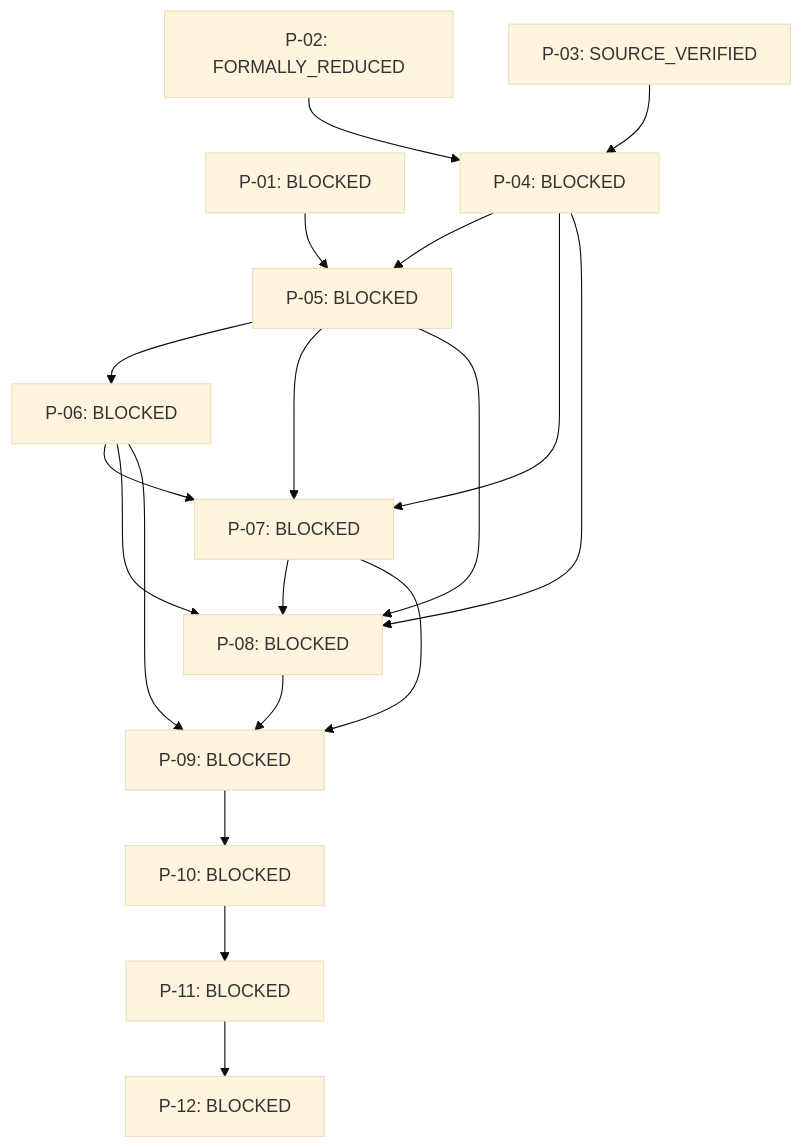
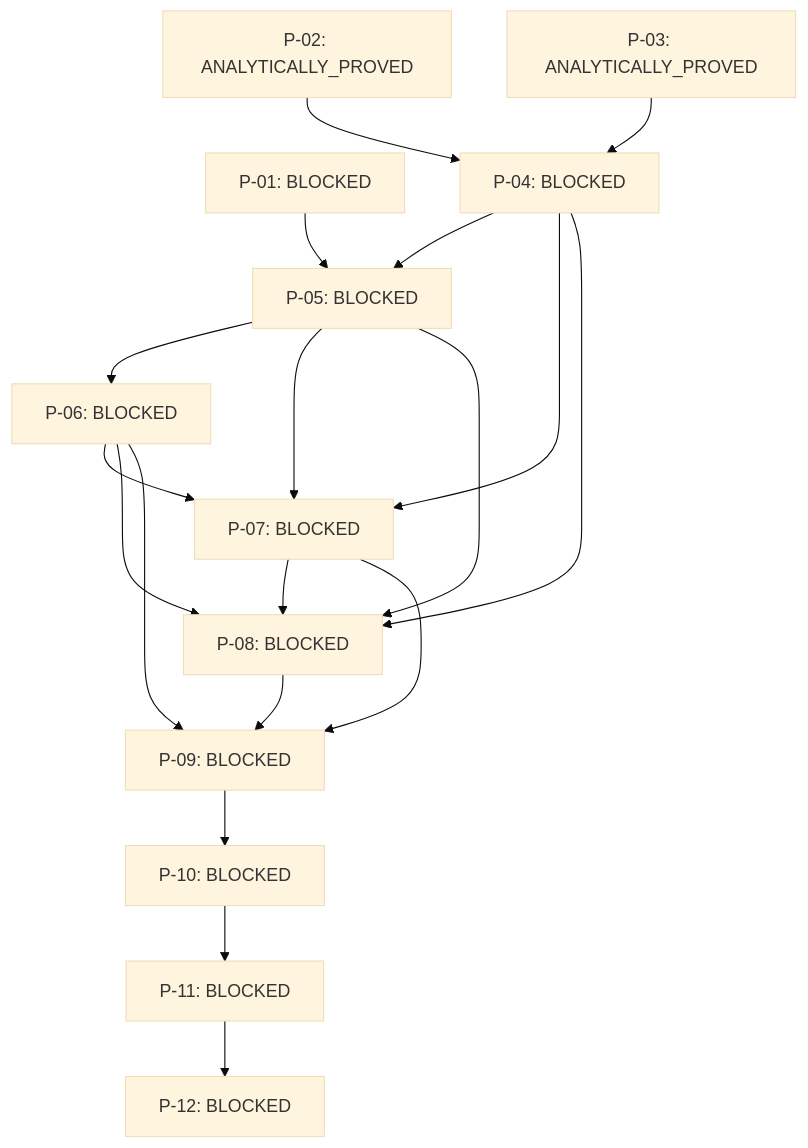
The diagram in docs/FIRST_PIVOT_CLOSURE_GRAPH.md (EnriqueDiazO/symbolic-operator-calculus), drawn with Mermaid (base theme) before and after one commit. The commit also changed other lines of this file and 10 other files, not shown here.

````diff
--- a/docs/FIRST_PIVOT_CLOSURE_GRAPH.md
+++ b/docs/FIRST_PIVOT_CLOSURE_GRAPH.md
@@ -9,33 +8,33 @@
 ```mermaid
 flowchart TD
     P_01["P-01: BLOCKED"]
-    P_02["P-02: FORMALLY_REDUCED"]
-    P_03["P-03: SOURCE_VERIFIED"]
+    P_02["P-02: ANALYTICALLY_PROVED"]
+    P_03["P-03: ANALYTICALLY_PROVED"]
     P_04["P-04: BLOCKED"]
     P_02 --> P_04
     P_03 --> P_04
     P_05["P-05: BLOCKED"]
     P_01 --> P_05
     P_04 --> P_05
     P_06["P-06: BLOCKED"]
     P_05 --> P_06
     P_07["P-07: BLOCKED"]
     P_04 --> P_07
     P_05 --> P_07
     P_06 --> P_07
     P_08["P-08: BLOCKED"]
     P_04 --> P_08
     P_05 --> P_08
     P_06 --> P_08
     P_07 --> P_08
     P_09["P-09: BLOCKED"]
     P_06 --> P_09
     P_07 --> P_09
     P_08 --> P_09
     P_10["P-10: BLOCKED"]
     P_09 --> P_10
     P_11["P-11: BLOCKED"]
     P_10 --> P_11
     P_12["P-12: BLOCKED"]
     P_11 --> P_12
 ```
````
